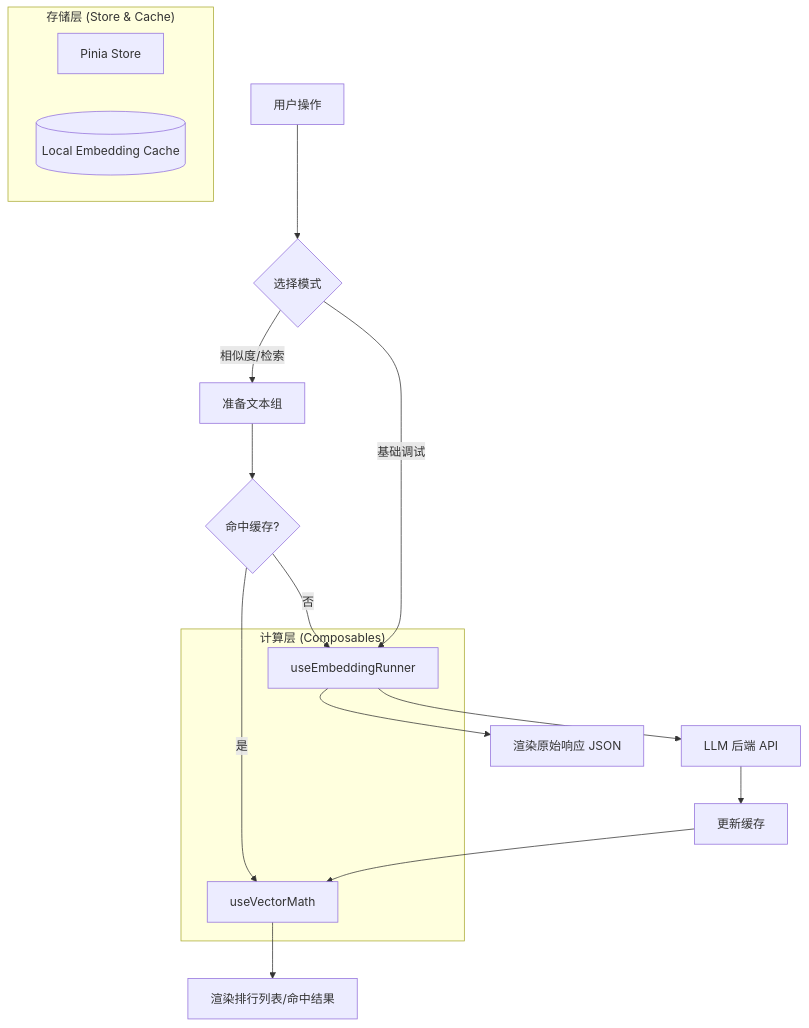
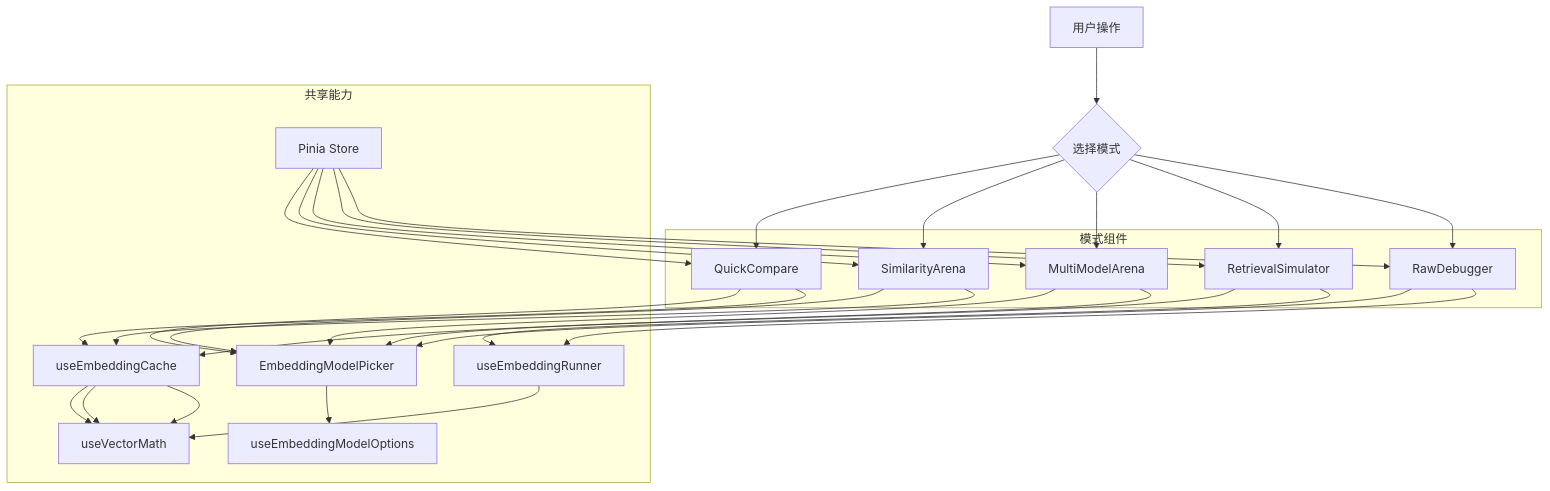
One commit to miaotouy/aio-hub changed the diagram in src/tools/embedding-playground/ARCHITECTURE.md. Above: the diagram before and after it, drawn with Mermaid. The commit also changed other lines of this file and 11 other files, not shown here.

````diff
--- a/src/tools/embedding-playground/ARCHITECTURE.md
+++ b/src/tools/embedding-playground/ARCHITECTURE.md
@@ -97,24 +123,45 @@
 ```mermaid
 graph TD
     User[用户操作] --> TabSelect{选择模式}
 
-    subgraph "计算层 (Composables)"
+    subgraph UI[模式组件]
+        Quick[QuickCompare]
+        Sim[SimilarityArena]
+        Multi[MultiModelArena]
+        Retrieval[RetrievalSimulator]
+        Raw[RawDebugger]
+    end
+
+    subgraph Support[共享能力]
+        Picker[EmbeddingModelPicker]
+        Options[useEmbeddingModelOptions]
+        Cache[useEmbeddingCache]
         Runner[useEmbeddingRunner]
         Math[useVectorMath]
+        Store[Pinia Store]
     end
 
-    subgraph "存储层 (Store & Cache)"
-        Store[Pinia Store]
-        Cache[(Local Embedding Cache)]
-    end
+    TabSelect --> Quick
+    TabSelect --> Sim
+    TabSelect --> Multi
+    TabSelect --> Retrieval
+    TabSelect --> Raw
 
-    TabSelect -- 相似度/检索 --> Prepare[准备文本组]
-    Prepare --> CheckCache{命中缓存?}
-    CheckCache -- 否 --> Runner --> API[LLM 后端 API]
-    API --> UpdateCache[更新缓存]
-    CheckCache -- 是 --> Math
-    UpdateCache --> Math
-    Math --> UI[渲染排行列表/命中结果]
+    Quick --> Picker
+    Sim --> Picker
+    Multi --> Picker
+    Retrieval --> Picker
+    Raw --> Picker
+    Picker --> Options
 
-    TabSelect -- 基础调试 --> Runner --> UI_JSON[渲染原始响应 JSON]
+    Quick --> Cache --> Math
+    Sim --> Cache --> Math
+    Multi --> Cache --> Math
+    Retrieval --> Runner --> Math
+    Raw --> Runner
+    Store --> Quick
+    Store --> Sim
+    Store --> Multi
+    Store --> Retrieval
+    Store --> Raw
 ```
````
